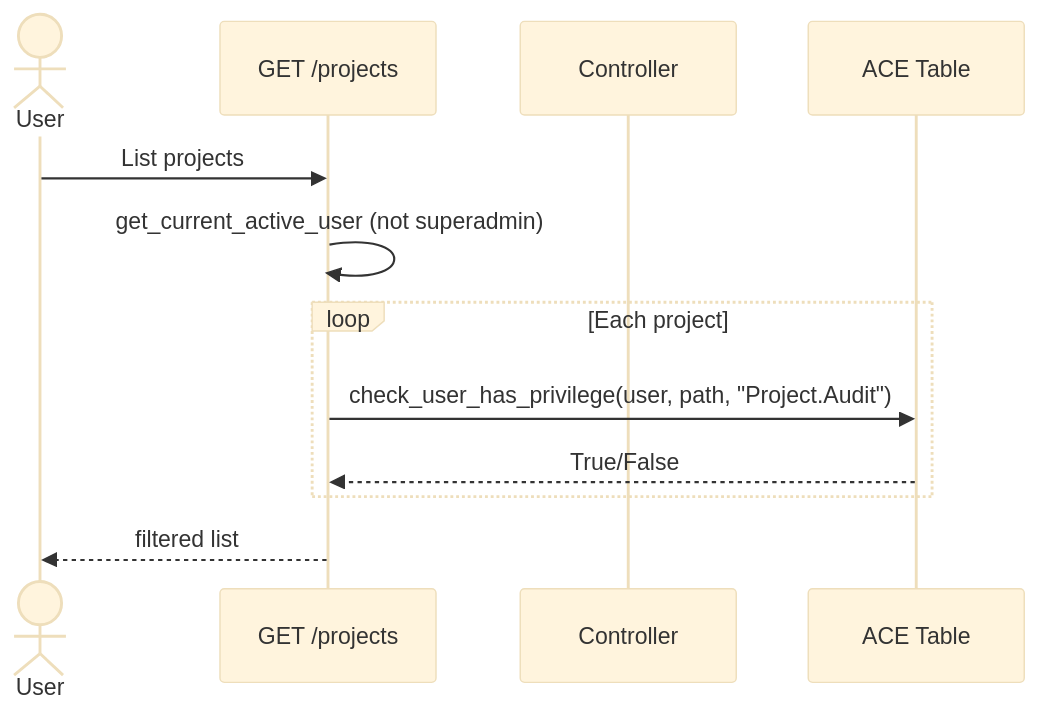
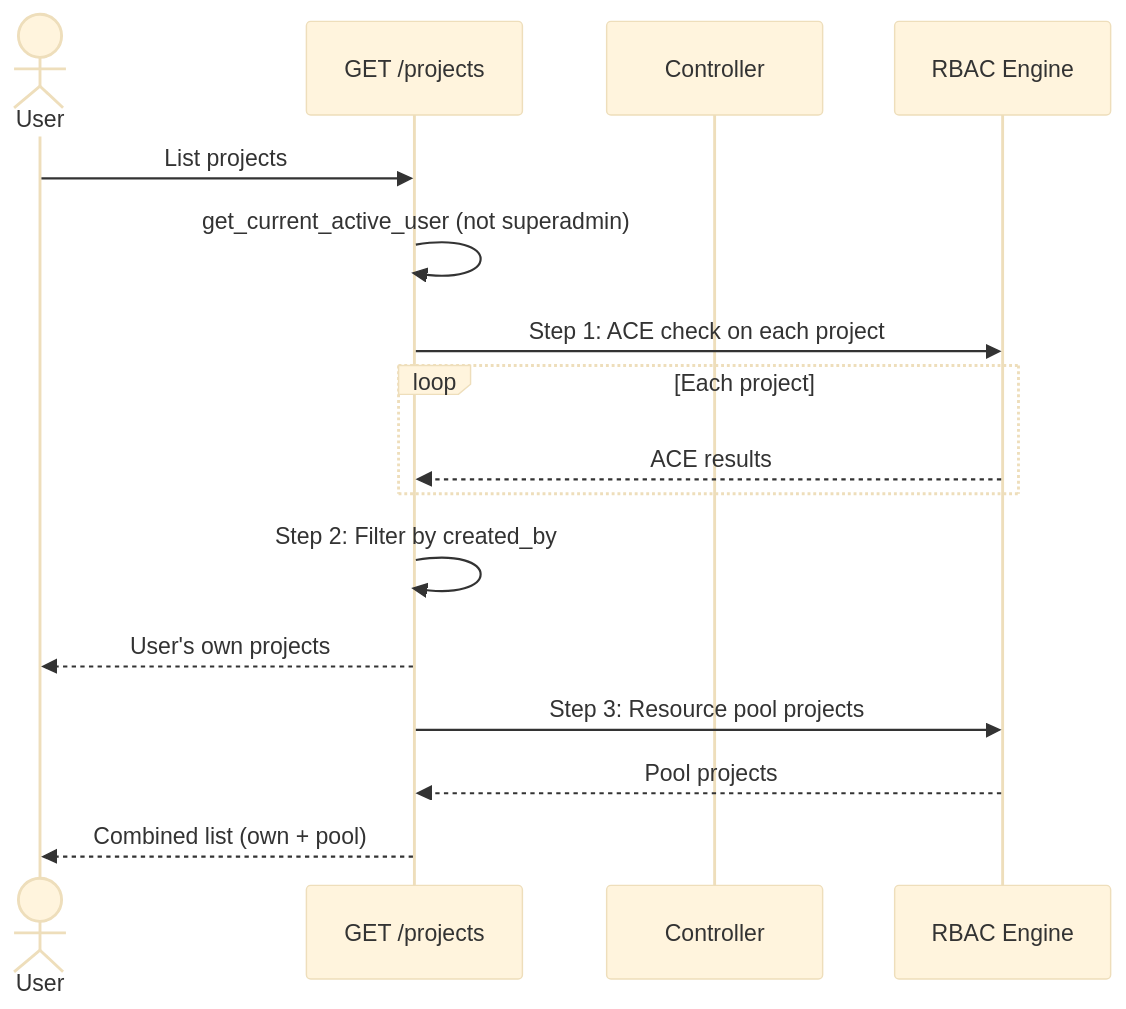
The second of 2 diagrams in docs/gns3-copilot/roadmap/rbac-user-isolation-roadmap.md (cristian-ciobanu/gns3-server), drawn with Mermaid (base theme) before and after one commit. The commit also changed other lines of this file and 1 other file, not shown here.

First line of the commit message:
docs: update RBAC user isolation roadmap and add design memory

````diff
--- a/docs/gns3-copilot/roadmap/rbac-user-isolation-roadmap.md
+++ b/docs/gns3-copilot/roadmap/rbac-user-isolation-roadmap.md
@@ -86,15 +111,23 @@
 ```mermaid
 sequenceDiagram
     actor U as User
     participant API as GET /projects
-    participant Ctrl as Controller
-    participant ACE as ACE Table
-
+    participant Controller as Controller
+    participant RBAC as RBAC Engine
+    
     U->>API: List projects
     API->>API: get_current_active_user (not superadmin)
+    
+    API->>RBAC: Step 1: ACE check on each project
     loop Each project
-        API->>ACE: check_user_has_privilege(user, path, "Project.Audit")
-        ACE-->>API: True/False
+        RBAC-->>API: ACE results
     end
-    API-->>U: filtered list
+    
+    API->>API: Step 2: Filter by created_by
+    API-->>U: User's own projects
+    
+    API->>RBAC: Step 3: Resource pool projects
+    RBAC-->>API: Pool projects
+    
+    API-->>U: Combined list (own + pool)
 ```
````
